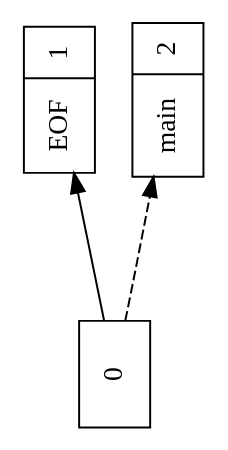
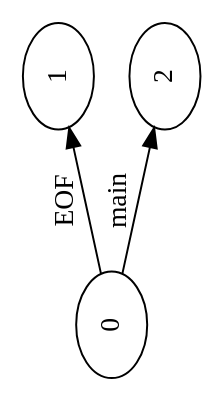
Before and after one commit to m-illhe/Stippled: the diagram in _build/default/Parser.dot, drawn with Graphviz. The commit also changed 261 other files, not shown here.

```diff
--- a/_build/default/Parser.dot
+++ b/_build/default/Parser.dot
@@ -1,11 +1,11 @@
 digraph G {
 orientation = landscape;
 rankdir = LR;
 ratio = compress;
-s0 [ label="0", shape = record ] ;
-s1 [ label="{EOF|1}", shape = record ] ;
-s2 [ label="{main|2}", shape = record ] ;
-s0 -> s1 [ label="        ", style = solid ] ;
-s0 -> s2 [ label="        ", style = dashed ] ;
+s0 [ label="0" ] ;
+s1 [ label="1" ] ;
+s2 [ label="2" ] ;
+s0 -> s1 [ label="EOF" ] ;
+s0 -> s2 [ label="main" ] ;
 
 }
```
